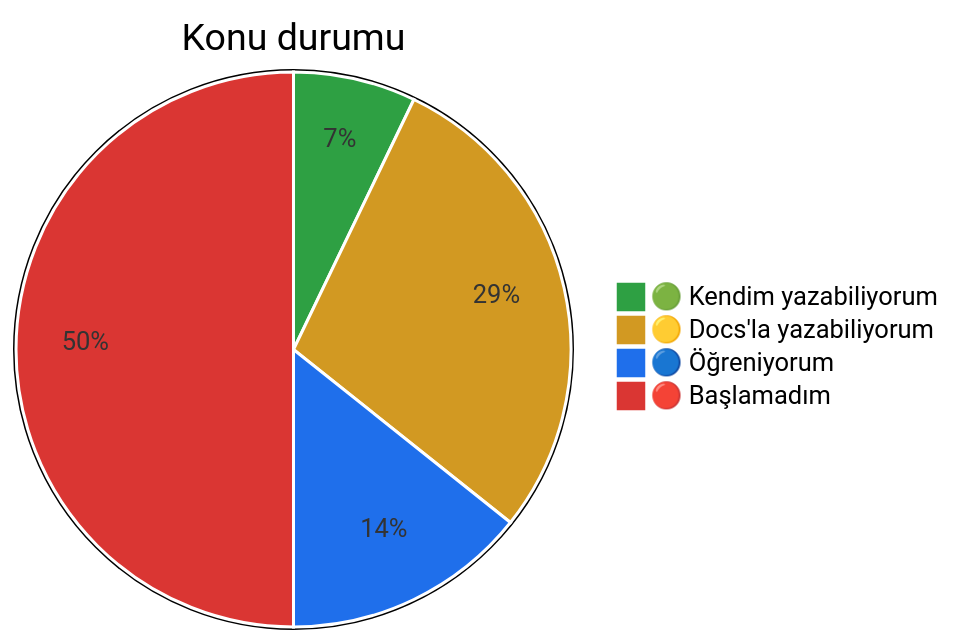
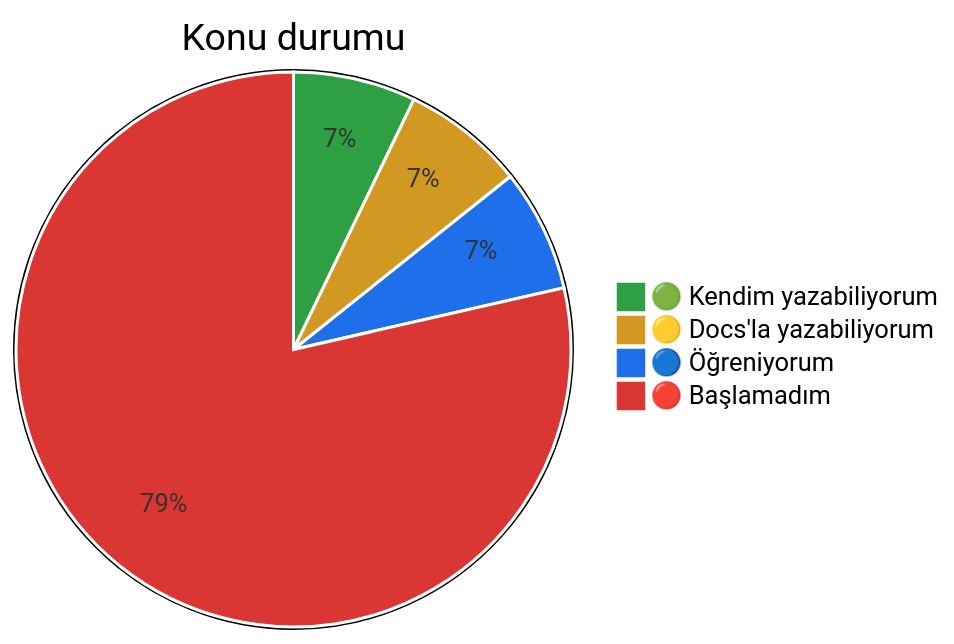
Before and after one commit to lordgrimx/TIL-Today-I-Learned: the diagram in README.md, drawn with Mermaid. The commit also changed other lines of this file, not shown here.

````diff
--- a/README.md
+++ b/README.md
@@ -37,8 +37,8 @@
 ```mermaid
 %%{init: {"themeVariables": {"pie1": "#2ea043", "pie2": "#d29922", "pie3": "#1f6feb", "pie4": "#da3633", "pieStrokeColor": "#ffffff", "pieStrokeWidth": "2px", "pieOpacity": "1"}}}%%
 pie title Konu durumu
     "🟢 Kendim yazabiliyorum" : 1
-    "🟡 Docs'la yazabiliyorum" : 4
-    "🔵 Öğreniyorum" : 2
-    "🔴 Başlamadım" : 7
+    "🟡 Docs'la yazabiliyorum" : 1
+    "🔵 Öğreniyorum" : 1
+    "🔴 Başlamadım" : 11
 ```
````
